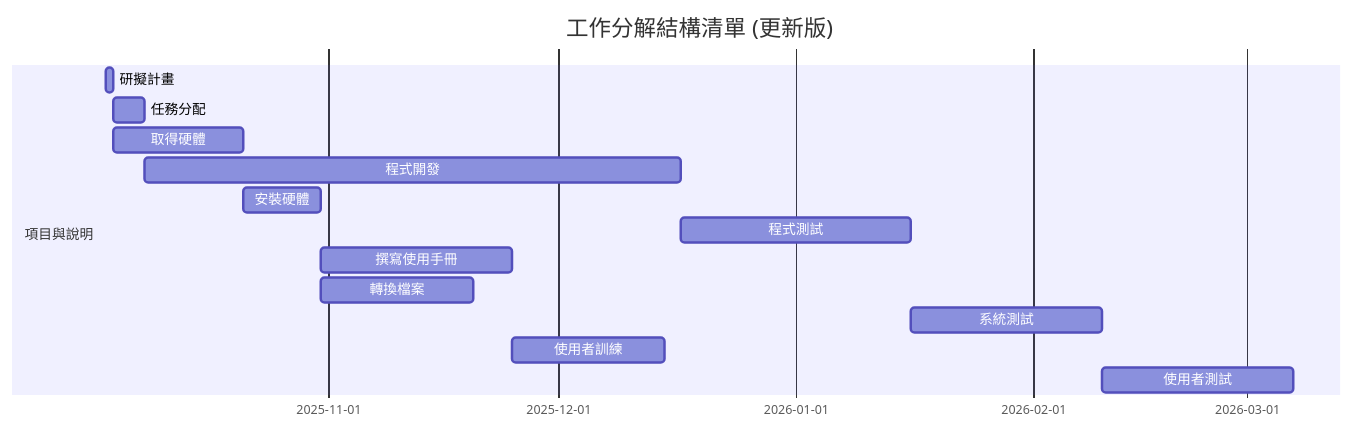
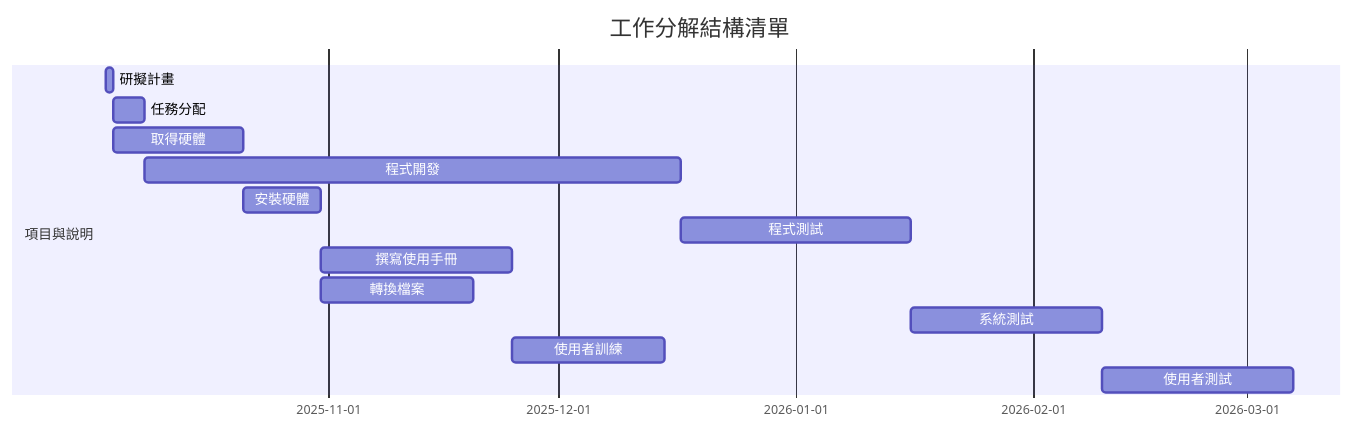
The diagram in hw2.md (c112196121/StanleyTao), drawn with Mermaid before and after one commit. The commit also changed other lines of this file, not shown here.

````diff
--- a/hw2.md
+++ b/hw2.md
@@ -7,17 +7,17 @@
 ```mermaid
 gantt
-    title 工作分解結構清單 (更新版)
+    title 工作分解結構清單 
     dateFormat  YYYY-MM-DD
     section 項目與說明
     研擬計畫           :a1, 2025-10-03, 1d
     任務分配           :a2, after a1, 4d
     取得硬體           :a3, after a1, 17d
     程式開發           :a4, after a2, 70d
     安裝硬體           :a5, after a3, 10d
     程式測試           :a6, after a4, 30d
     撰寫使用手冊       :a7, after a5, 25d
     轉換檔案           :a8, after a5, 20d
     系統測試           :a9, after a6, 25d
     使用者訓練         :a10, after a7 a8, 20d
     使用者測試         :a11, after a9 a10, 25d
 ```
````
